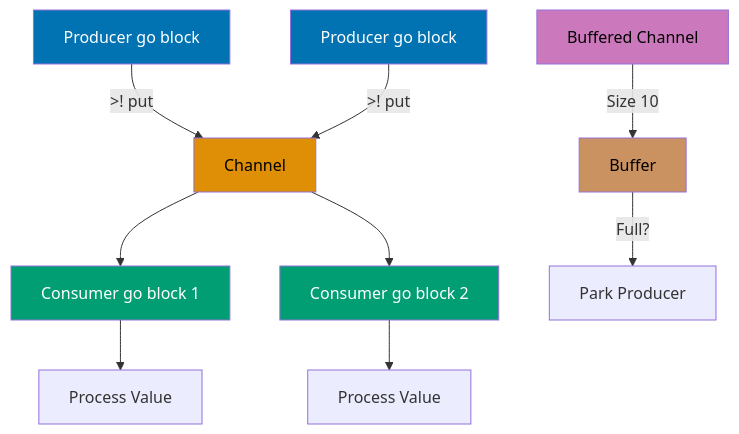
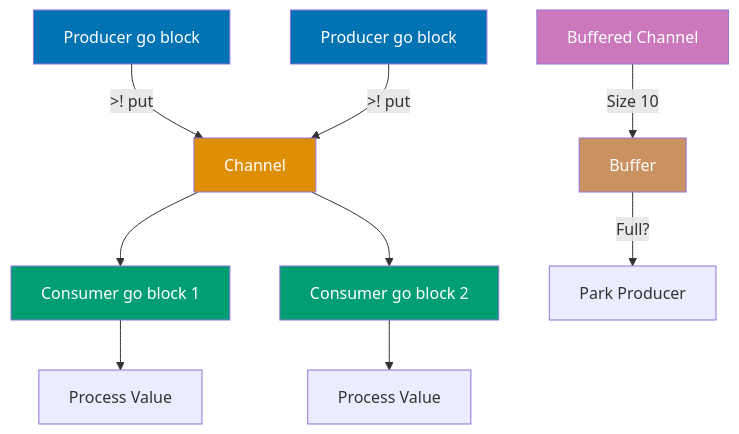
One commit to wahidyankf/open-sharia-enterprise changed the sixth of 10 diagrams in apps/ayokoding-web/content/en/learn/software-engineering/programming-languages/clojure/by-example/intermediate.md. Above: the diagram before and after it, drawn with Mermaid. The commit also changed other lines of this file and 61 other files, not shown here.

First line of the commit message:
fix(ayokoding-web): quote Mermaid node labels with special characters in Example 63

````diff
--- a/apps/ayokoding-web/content/en/learn/software-engineering/programming-languages/clojure/by-example/intermediate.md
+++ b/apps/ayokoding-web/content/en/learn/software-engineering/programming-languages/clojure/by-example/intermediate.md
@@ -449,21 +449,21 @@
 ```mermaid
 %% Channel communication pattern
 graph TD
     P1[Producer go block] -->|>! put| C[Channel]
     P2[Producer go block] -->|>! put| C
     C -->|<! take| C1[Consumer go block 1]
     C -->|<! take| C2[Consumer go block 2]
     C1 --> O1[Process Value]
     C2 --> O2[Process Value]
 
     B[Buffered Channel] -->|Size 10| BUF[Buffer]
     BUF -->|Full?| PARK[Park Producer]
 
     style P1 fill:#0173B2,color:#fff
     style P2 fill:#0173B2,color:#fff
-    style C fill:#DE8F05,color:#000
+    style C fill:#DE8F05,color:#fff
     style C1 fill:#029E73,color:#fff
     style C2 fill:#029E73,color:#fff
-    style B fill:#CC78BC,color:#000
-    style BUF fill:#CA9161,color:#000
+    style B fill:#CC78BC,color:#fff
+    style BUF fill:#CA9161,color:#fff
 ```
````
